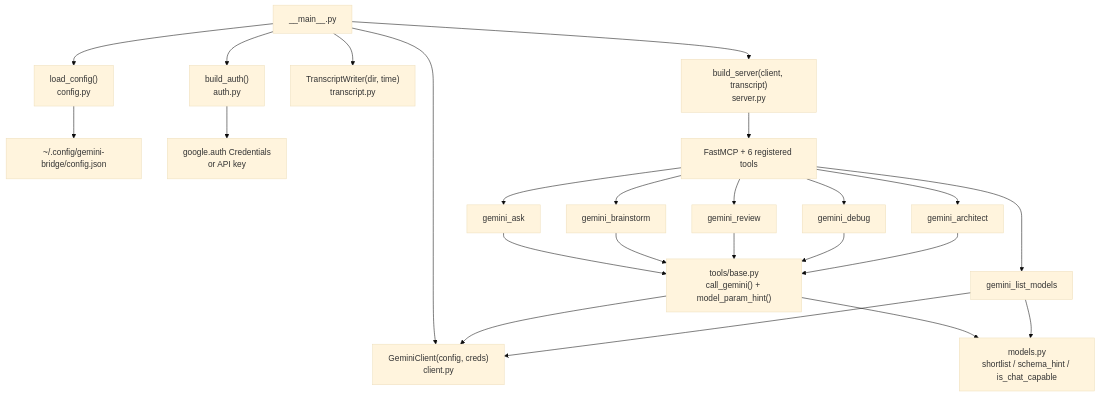
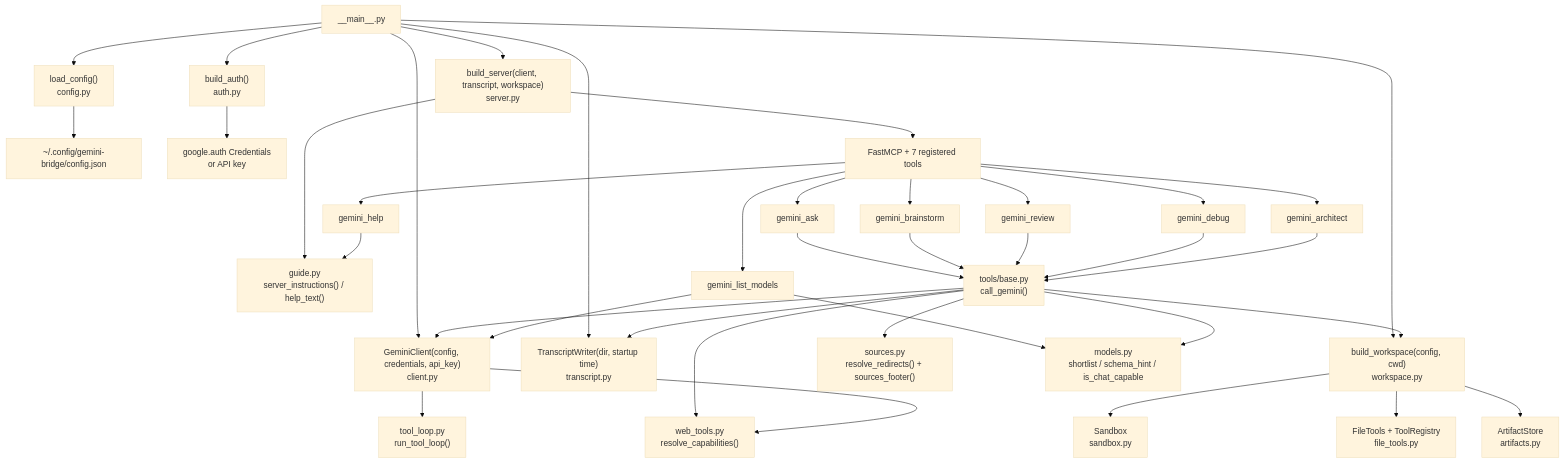
Before and after one commit to FlintAndFilament/gemini-bridge: the first of 2 diagrams in docs/architecture.md, drawn with Mermaid (base theme). The commit also changed other lines of this file and 9 other files, not shown here.

````diff
--- a/docs/architecture.md
+++ b/docs/architecture.md
@@ -5,24 +5,38 @@
 ```mermaid
 graph TD
     M["__main__.py"] --> CFG["load_config()<br/>config.py"]
     M --> AUTH["build_auth()<br/>auth.py"]
-    M --> CL["GeminiClient(config, creds)<br/>client.py"]
-    M --> TR["TranscriptWriter(dir, time)<br/>transcript.py"]
-    M --> SRV["build_server(client, transcript)<br/>server.py"]
+    M --> CL["GeminiClient(config, credentials, api_key)<br/>client.py"]
+    M --> TR["TranscriptWriter(dir, startup time)<br/>transcript.py"]
+    M --> WS["build_workspace(config, cwd)<br/>workspace.py"]
+    M --> SRV["build_server(client, transcript, workspace)<br/>server.py"]
 
     CFG --> JSON["~/.config/gemini-bridge/config.json"]
     AUTH --> CRED["google.auth Credentials<br/>or API key"]
 
-    SRV --> MCP["FastMCP + 6 registered tools"]
+    WS --> SB["Sandbox<br/>sandbox.py"]
+    WS --> FT["FileTools + ToolRegistry<br/>file_tools.py"]
+    WS --> AR["ArtifactStore<br/>artifacts.py"]
+
+    SRV --> GUIDE["guide.py<br/>server_instructions() / help_text()"]
+    SRV --> MCP["FastMCP + 7 registered tools"]
     MCP --> T1["gemini_ask"]
     MCP --> T2["gemini_brainstorm"]
     MCP --> T3["gemini_review"]
     MCP --> T4["gemini_debug"]
     MCP --> T5["gemini_architect"]
     MCP --> T6["gemini_list_models"]
+    MCP --> T7["gemini_help"]
 
-    T1 & T2 & T3 & T4 & T5 --> BASE["tools/base.py<br/>call_gemini() + model_param_hint()"]
+    T1 & T2 & T3 & T4 & T5 --> BASE["tools/base.py<br/>call_gemini()"]
     BASE --> CL
+    BASE --> WEB["web_tools.py<br/>resolve_capabilities()"]
+    BASE --> SRC["sources.py<br/>resolve_redirects() + sources_footer()"]
+    BASE --> TR
+    BASE --> WS
+    CL --> LOOP["tool_loop.py<br/>run_tool_loop()"]
+    CL --> WEB
     T6 --> CL
-    BASE & T6 --> MOD["models.py<br/>shortlist / schema_hint / is_chat_capable"]
+    T6 & BASE --> MOD["models.py<br/>shortlist / schema_hint / is_chat_capable"]
+    T7 --> GUIDE
 ```
````
